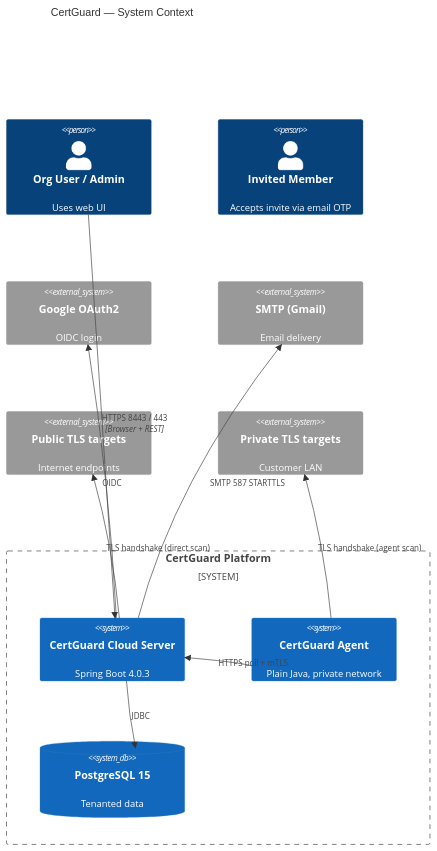
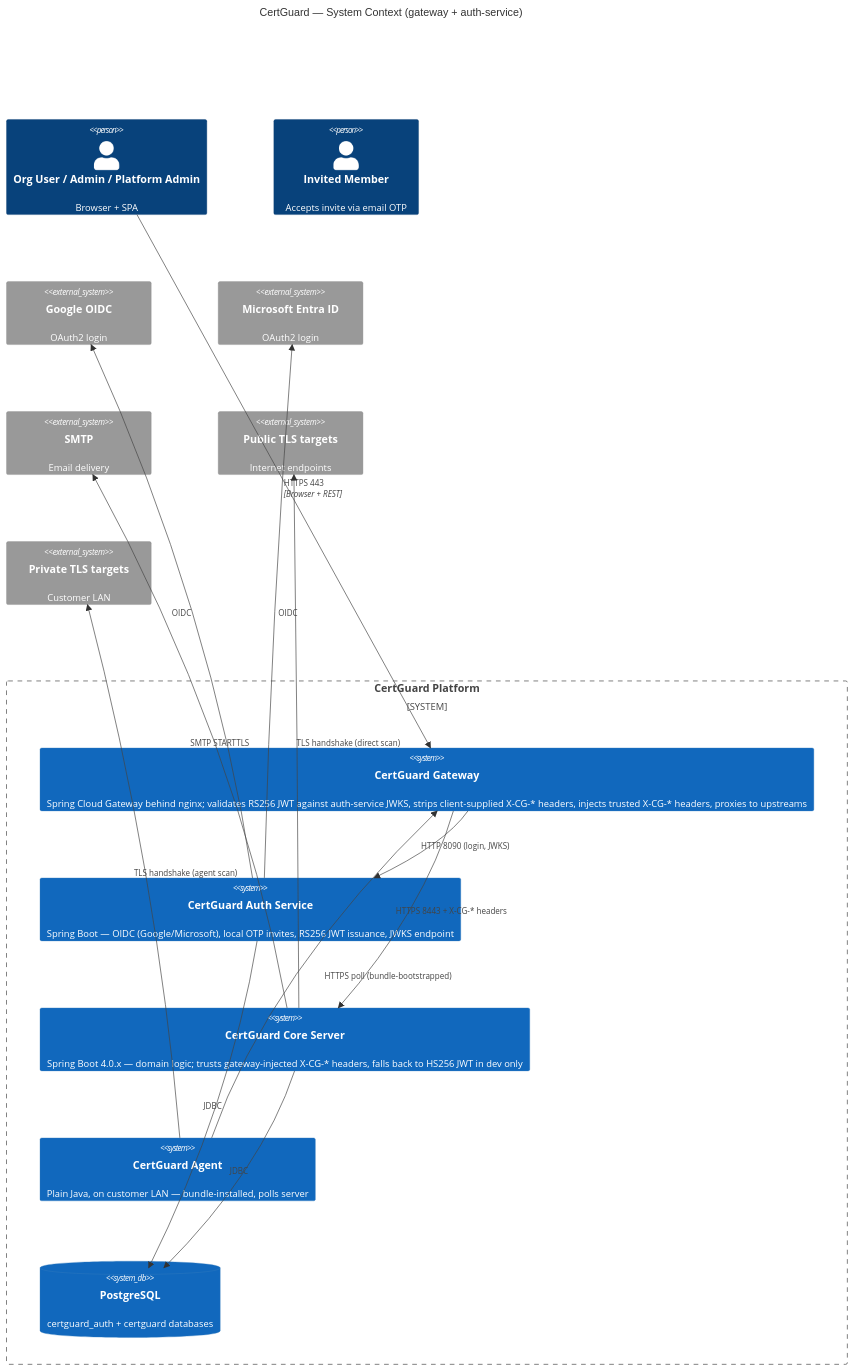
Before and after one commit to sumanmummaneni3/SSLCertificateManager: the first of 8 diagrams in docs/architecture/HLD.md, drawn with Mermaid. The commit also changed other lines of this file and 29 other files, not shown here.

````diff
--- a/docs/architecture/HLD.md
+++ b/docs/architecture/HLD.md
@@ -5,23 +14,30 @@
 ```mermaid
 C4Context
-  title CertGuard — System Context
-  Person(user, "Org User / Admin", "Uses web UI")
+  title CertGuard — System Context (gateway + auth-service)
+  Person(user, "Org User / Admin / Platform Admin", "Browser + SPA")
   Person(invitee, "Invited Member", "Accepts invite via email OTP")
   System_Boundary(cg, "CertGuard Platform") {
-    System(server, "CertGuard Cloud Server", "Spring Boot 4.0.3")
-    System(agent, "CertGuard Agent", "Plain Java, private network")
-    SystemDb(pg, "PostgreSQL 15", "Tenanted data")
+    System(gw, "CertGuard Gateway", "Spring Cloud Gateway behind nginx; validates RS256 JWT against auth-service JWKS, strips client-supplied X-CG-* headers, injects trusted X-CG-* headers, proxies to upstreams")
+    System(auth, "CertGuard Auth Service", "Spring Boot — OIDC (Google/Microsoft), local OTP invites, RS256 JWT issuance, JWKS endpoint")
+    System(server, "CertGuard Core Server", "Spring Boot 4.0.x — domain logic; trusts gateway-injected X-CG-* headers, falls back to HS256 JWT in dev only")
+    System(agent, "CertGuard Agent", "Plain Java, on customer LAN — bundle-installed, polls server")
+    SystemDb(pg, "PostgreSQL", "certguard_auth + certguard databases")
   }
-  System_Ext(google, "Google OAuth2", "OIDC login")
-  System_Ext(smtp, "SMTP (Gmail)", "Email delivery")
+  System_Ext(google, "Google OIDC", "OAuth2 login")
+  System_Ext(ms, "Microsoft Entra ID", "OAuth2 login")
+  System_Ext(smtp, "SMTP", "Email delivery")
   System_Ext(public, "Public TLS targets", "Internet endpoints")
   System_Ext(private, "Private TLS targets", "Customer LAN")
 
-  Rel(user, server, "HTTPS 8443 / 443", "Browser + REST")
-  Rel(server, google, "OIDC")
-  Rel(server, smtp, "SMTP 587 STARTTLS")
+  Rel(user, gw, "HTTPS 443", "Browser + REST")
+  Rel(gw, auth, "HTTP 8090 (login, JWKS)")
+  Rel(gw, server, "HTTPS 8443 + X-CG-* headers")
+  Rel(auth, google, "OIDC")
+  Rel(auth, ms, "OIDC")
+  Rel(server, smtp, "SMTP STARTTLS")
   Rel(server, public, "TLS handshake (direct scan)")
-  Rel(agent, server, "HTTPS poll + mTLS")
+  Rel(agent, gw, "HTTPS poll (bundle-bootstrapped)")
   Rel(agent, private, "TLS handshake (agent scan)")
   Rel(server, pg, "JDBC")
+  Rel(auth, pg, "JDBC")
 ```
````
